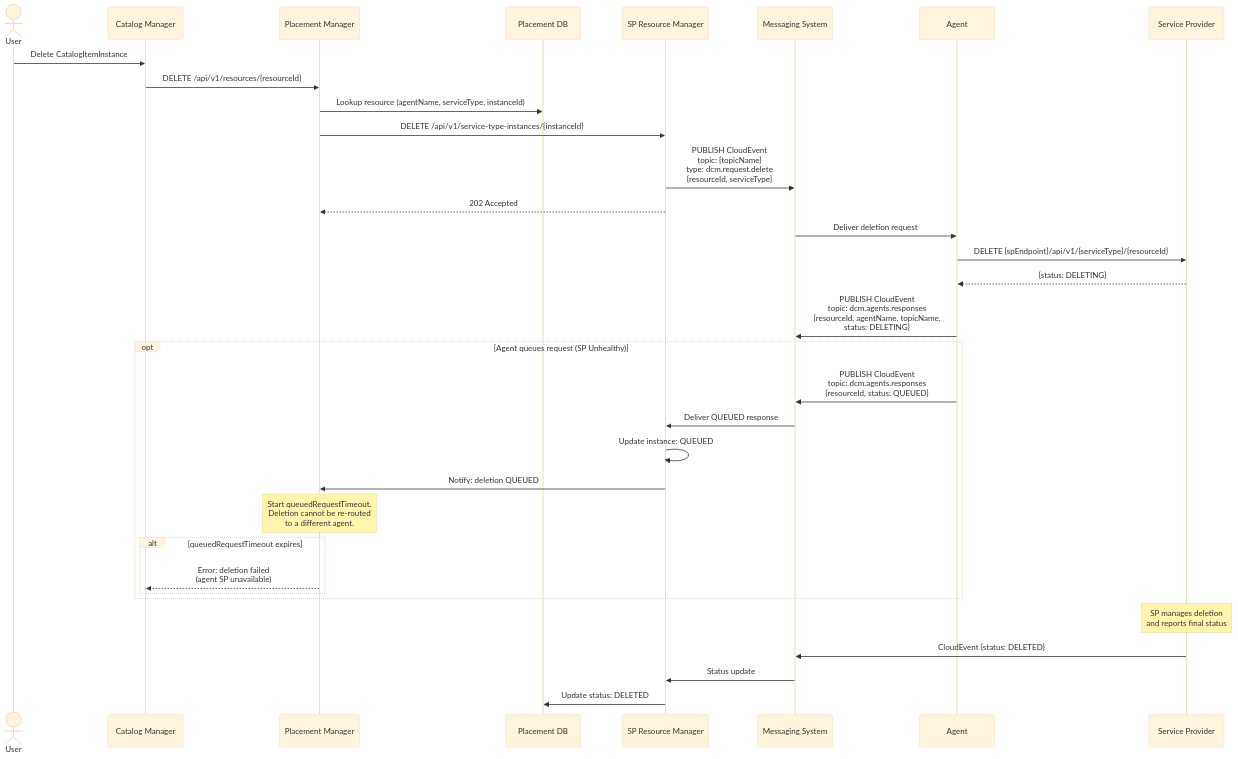
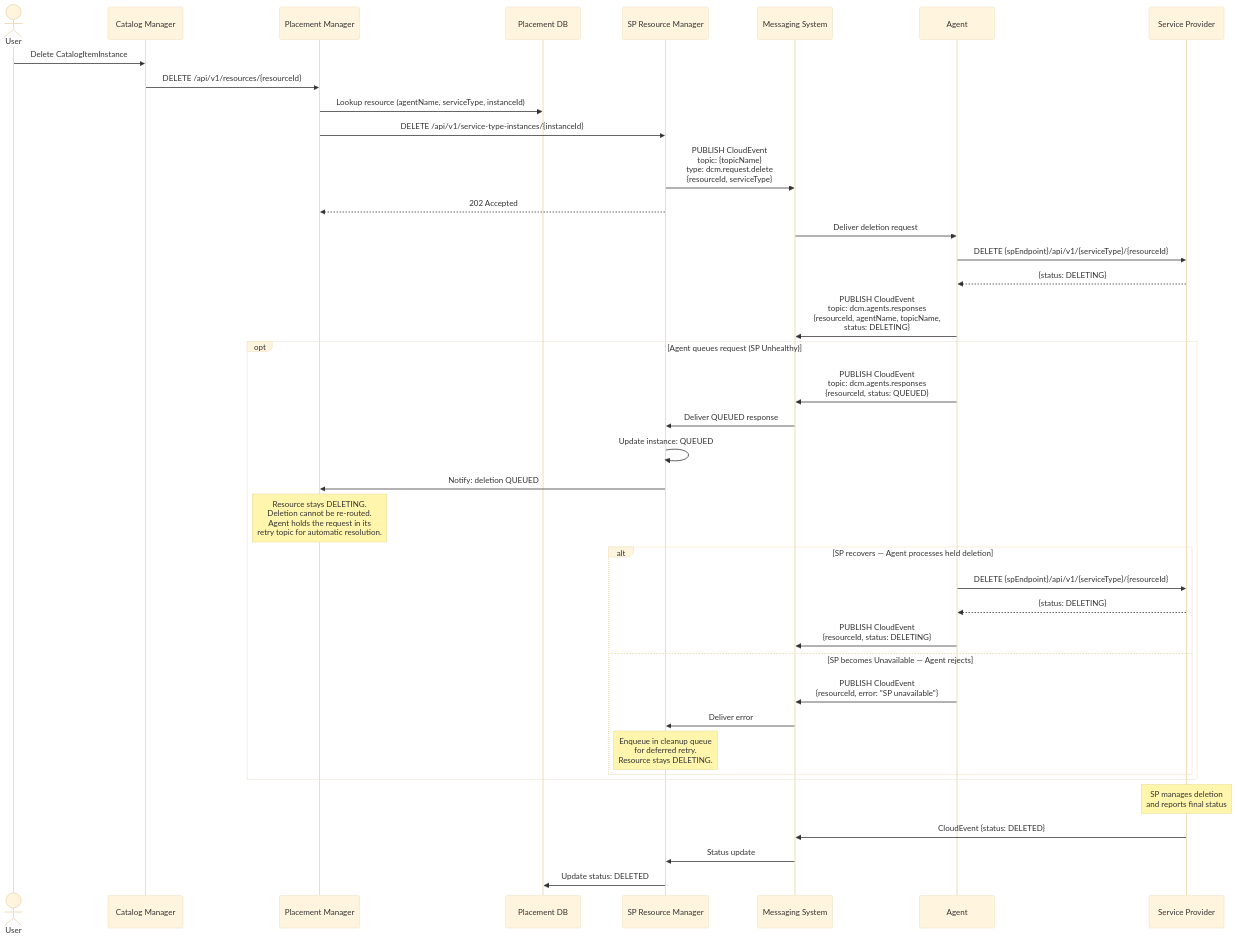
Diagram 23 of 23 in enhancements/user-flows/user-flows.md (gabriel-farache/enhancements), drawn with Mermaid (base theme) before and after one commit. The commit also changed 3 other files, not shown here.

````diff
--- a/enhancements/user-flows/user-flows.md
+++ b/enhancements/user-flows/user-flows.md
@@ -1147,41 +1147,48 @@
 ```mermaid
 sequenceDiagram
     actor User
     participant CM as Catalog Manager
     participant PM as Placement Manager
     participant DB as Placement DB
     participant SPRM as SP Resource Manager
     participant MS as Messaging System
     participant AG as Agent
     participant SP as Service Provider
 
     User->>CM: Delete CatalogItemInstance
     CM->>PM: DELETE /api/v1/resources/{resourceId}
     PM->>DB: Lookup resource (agentName, serviceType, instanceId)
 
     PM->>SPRM: DELETE /api/v1/service-type-instances/{instanceId}
     SPRM->>MS: PUBLISH CloudEvent<br/>topic: {topicName}<br/>type: dcm.request.delete<br/>{resourceId, serviceType}
     SPRM-->>PM: 202 Accepted
 
     MS->>AG: Deliver deletion request
     AG->>SP: DELETE {spEndpoint}/api/v1/{serviceType}/{resourceId}
     SP-->>AG: {status: DELETING}
     AG->>MS: PUBLISH CloudEvent<br/>topic: dcm.agents.responses<br/>{resourceId, agentName, topicName,<br/>status: DELETING}
 
     opt Agent queues request (SP Unhealthy)
         AG->>MS: PUBLISH CloudEvent<br/>topic: dcm.agents.responses<br/>{resourceId, status: QUEUED}
         MS->>SPRM: Deliver QUEUED response
         SPRM->>SPRM: Update instance: QUEUED
         SPRM->>PM: Notify: deletion QUEUED
 
-        Note over PM: Start queuedRequestTimeout.<br/>Deletion cannot be re-routed<br/>to a different agent.
-        alt queuedRequestTimeout expires
-            PM-->>CM: Error: deletion failed<br/>(agent SP unavailable)
+        Note over PM: Resource stays DELETING.<br/>Deletion cannot be re-routed.<br/>Agent holds the request in its<br/>retry topic for automatic resolution.
+
+        alt SP recovers — Agent processes held deletion
+            AG->>SP: DELETE {spEndpoint}/api/v1/{serviceType}/{resourceId}
+            SP-->>AG: {status: DELETING}
+            AG->>MS: PUBLISH CloudEvent<br/>{resourceId, status: DELETING}
+        else SP becomes Unavailable — Agent rejects
+            AG->>MS: PUBLISH CloudEvent<br/>{resourceId, error: "SP unavailable"}
+            MS->>SPRM: Deliver error
+            Note over SPRM: Enqueue in cleanup queue<br/>for deferred retry.<br/>Resource stays DELETING.
         end
     end
 
     Note over SP: SP manages deletion<br/>and reports final status
     SP->>MS: CloudEvent {status: DELETED}
     MS->>SPRM: Status update
     SPRM->>DB: Update status: DELETED
 ```
````
